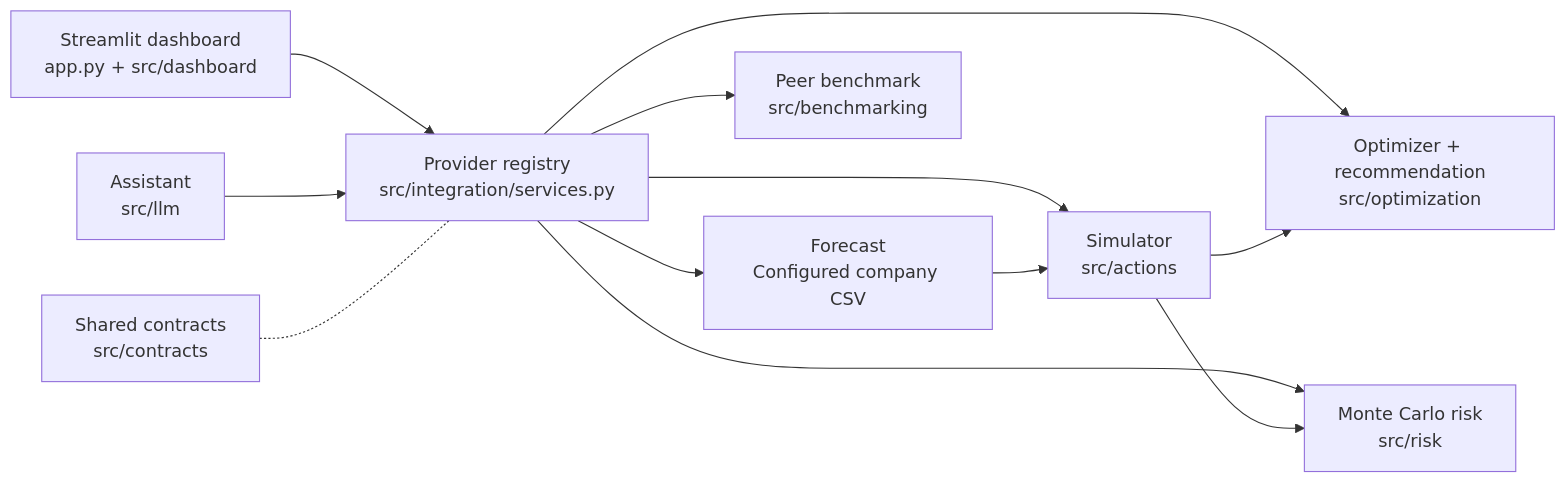
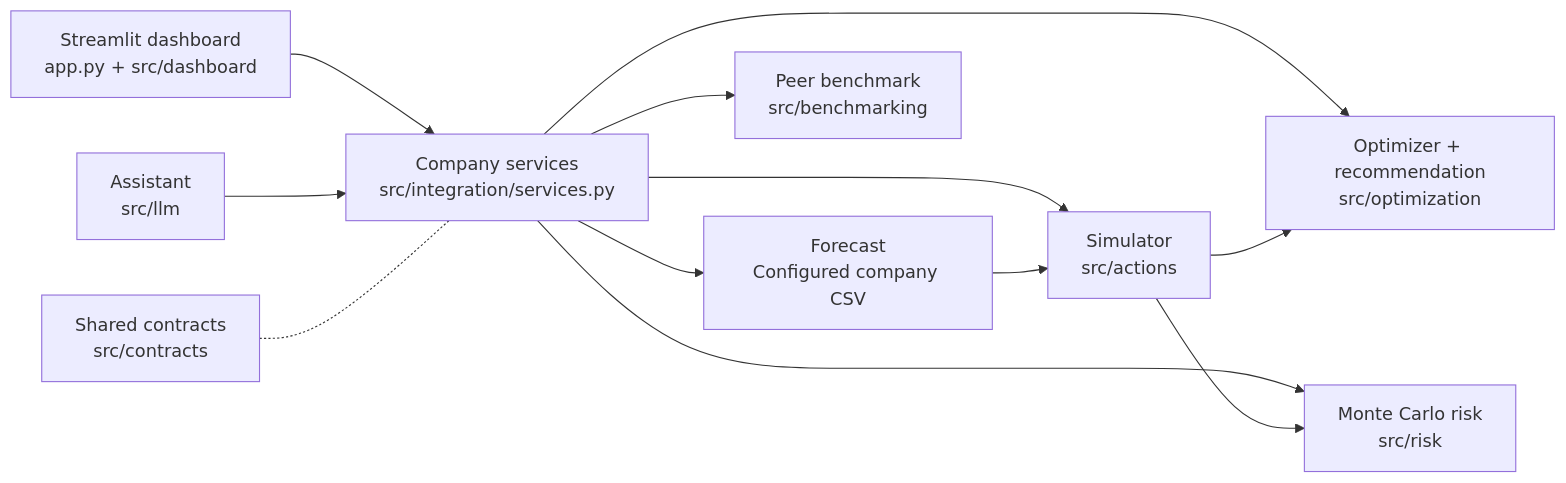
The diagram in README.md (CemSarp/ADAHACK_SimpleMen), drawn with Mermaid before and after one commit. The commit also changed other lines of this file and 120 other files, not shown here.

````diff
--- a/README.md
+++ b/README.md
@@ -102,14 +101,14 @@
 ```mermaid
 flowchart LR
-    UI["Streamlit dashboard<br/>app.py + src/dashboard"] --> REG["Provider registry<br/>src/integration/services.py"]
+    UI["Streamlit dashboard<br/>app.py + src/dashboard"] --> REG["Company services<br/>src/integration/services.py"]
     CHAT["Assistant<br/>src/llm"] --> REG
     REG --> F["Forecast<br/>Configured company CSV"]
     REG --> S["Simulator<br/>src/actions"]
     REG --> O["Optimizer + recommendation<br/>src/optimization"]
     REG --> R["Monte Carlo risk<br/>src/risk"]
     REG --> B["Peer benchmark<br/>src/benchmarking"]
     F --> S
     S --> O
     S --> R
     C["Shared contracts<br/>src/contracts"] -.- REG
 ```
````
